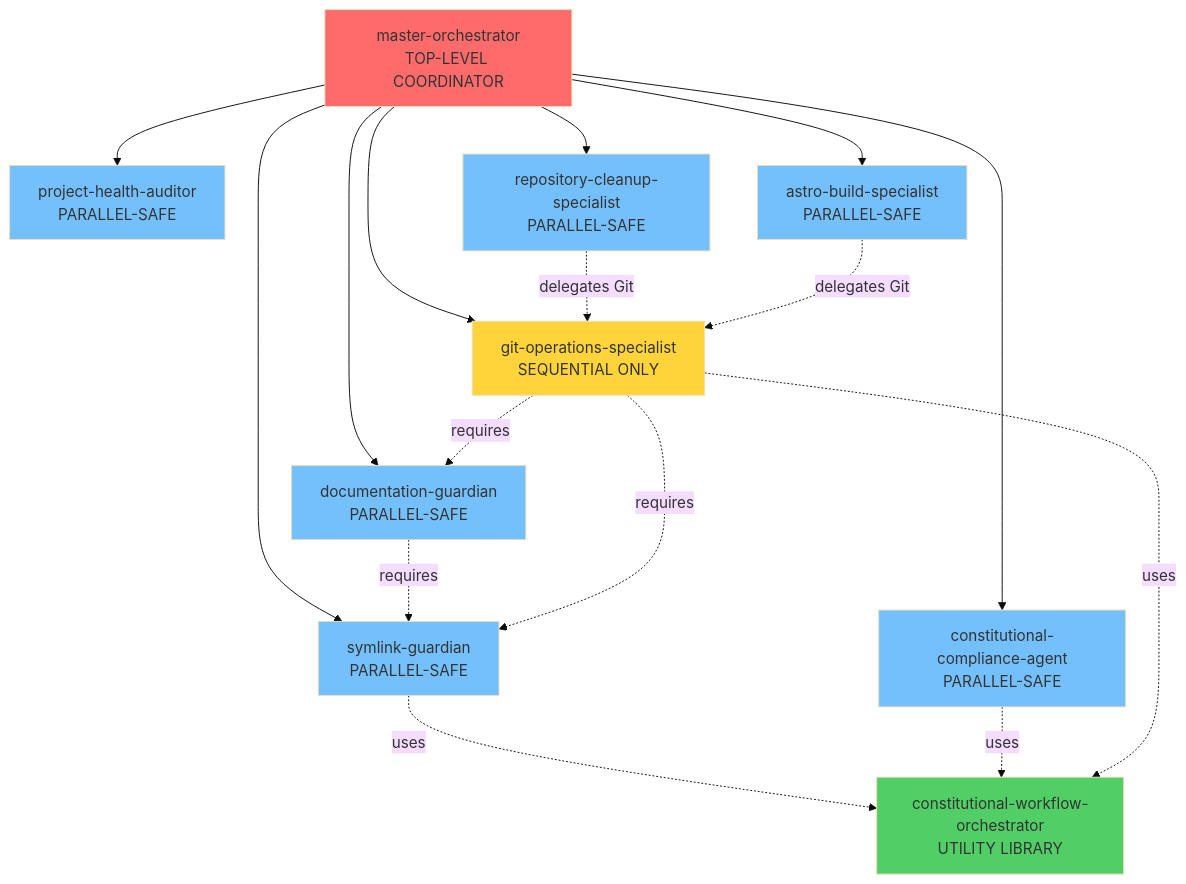
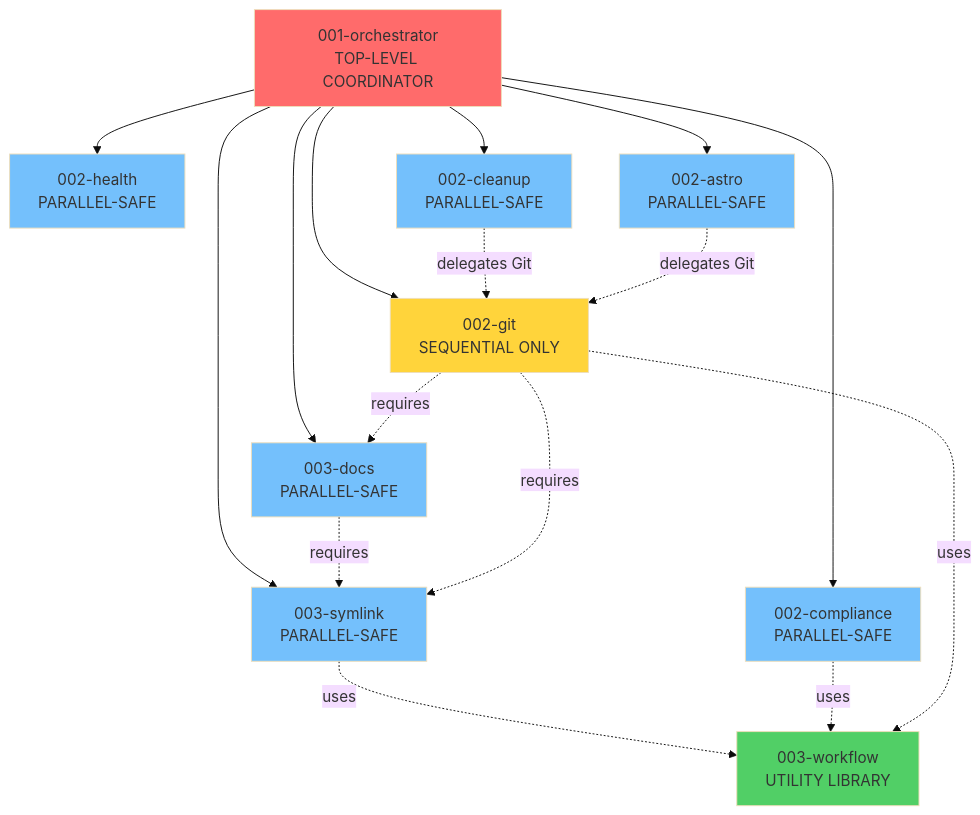
Before and after one commit to kairin/ghostty-config-files: the diagram in astro-website/src/ai-guidelines/agent-system.md, drawn with Mermaid (base theme). The commit also changed other lines of this file and 29 other files, not shown here.

````diff
--- a/astro-website/src/ai-guidelines/agent-system.md
+++ b/astro-website/src/ai-guidelines/agent-system.md
@@ -297,30 +297,30 @@
 ```mermaid
 graph TD
-    A[master-orchestrator<br/>TOP-LEVEL COORDINATOR] --> B[symlink-guardian<br/>PARALLEL-SAFE]
-    A --> C[constitutional-compliance-agent<br/>PARALLEL-SAFE]
-    A --> D[documentation-guardian<br/>PARALLEL-SAFE]
-    A --> E[project-health-auditor<br/>PARALLEL-SAFE]
-    A --> F[repository-cleanup-specialist<br/>PARALLEL-SAFE]
-    A --> G[astro-build-specialist<br/>PARALLEL-SAFE]
-    A --> H[git-operations-specialist<br/>SEQUENTIAL ONLY]
+    A[001-orchestrator<br/>TOP-LEVEL COORDINATOR] --> B[003-symlink<br/>PARALLEL-SAFE]
+    A --> C[002-compliance<br/>PARALLEL-SAFE]
+    A --> D[003-docs<br/>PARALLEL-SAFE]
+    A --> E[002-health<br/>PARALLEL-SAFE]
+    A --> F[002-cleanup<br/>PARALLEL-SAFE]
+    A --> G[002-astro<br/>PARALLEL-SAFE]
+    A --> H[002-git<br/>SEQUENTIAL ONLY]
 
     D -.requires.-> B
     H -.requires.-> B
     H -.requires.-> D
     F -.delegates Git.-> H
     G -.delegates Git.-> H
 
-    B -.uses.-> I[constitutional-workflow-orchestrator<br/>UTILITY LIBRARY]
+    B -.uses.-> I[003-workflow<br/>UTILITY LIBRARY]
     C -.uses.-> I
     H -.uses.-> I
 
     style A fill:#ff6b6b
     style H fill:#ffd43b
     style I fill:#51cf66
     style B fill:#74c0fc
     style C fill:#74c0fc
     style D fill:#74c0fc
     style E fill:#74c0fc
     style F fill:#74c0fc
     style G fill:#74c0fc
 ```
````
